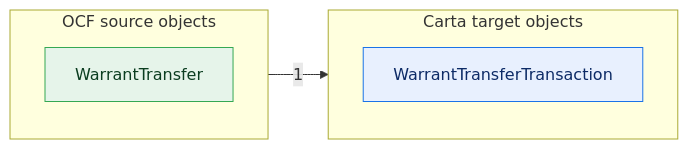
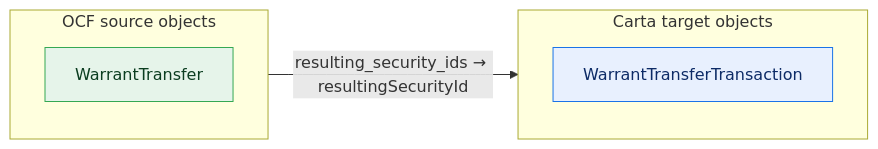
The tenth of 10 diagrams in core-rich/core-upstream.md (Open-Cap-Table-Coalition/OCF-Composed-Schemas), drawn with Mermaid before and after one commit. The commit also changed other lines of this file and 4 other files, not shown here.

First line of the commit message:
OCF Core: label loss-diagram edges with the property flowing

````diff
--- a/core-rich/core-upstream.md
+++ b/core-rich/core-upstream.md
@@ -203,16 +207,16 @@
 ```mermaid
 flowchart LR
   classDef adm fill:#e6f4ea,stroke:#34a853,color:#0b3d20;
   classDef notadm fill:#f1f3f4,stroke:#9aa0a6,color:#5f6368,stroke-dasharray:4 3;
   classDef carta fill:#e8f0fe,stroke:#1a73e8,color:#0d2b66;
   classDef sink fill:#fce8e6,stroke:#d93025,color:#5c0d06;
   subgraph SRC["OCF source objects"]
     direction TB
     o0["WarrantTransfer"]:::adm
   end
   subgraph TGT["Carta target objects"]
     direction TB
     t0["WarrantTransferTransaction"]:::carta
   end
-  o0 -->|1| t0
+  o0 -->|"resulting_security_ids → resultingSecurityId"| t0
 ```
````
